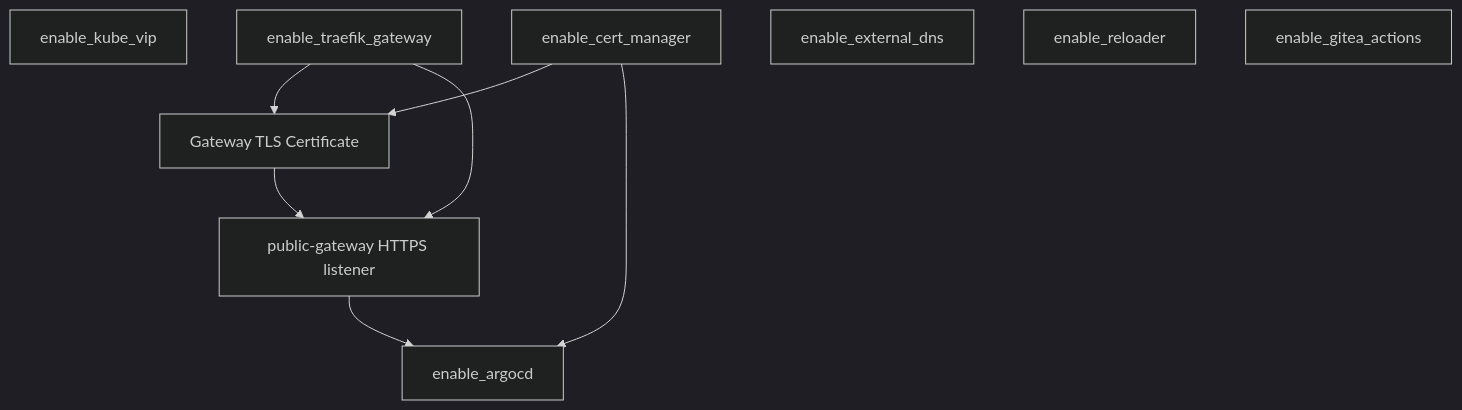
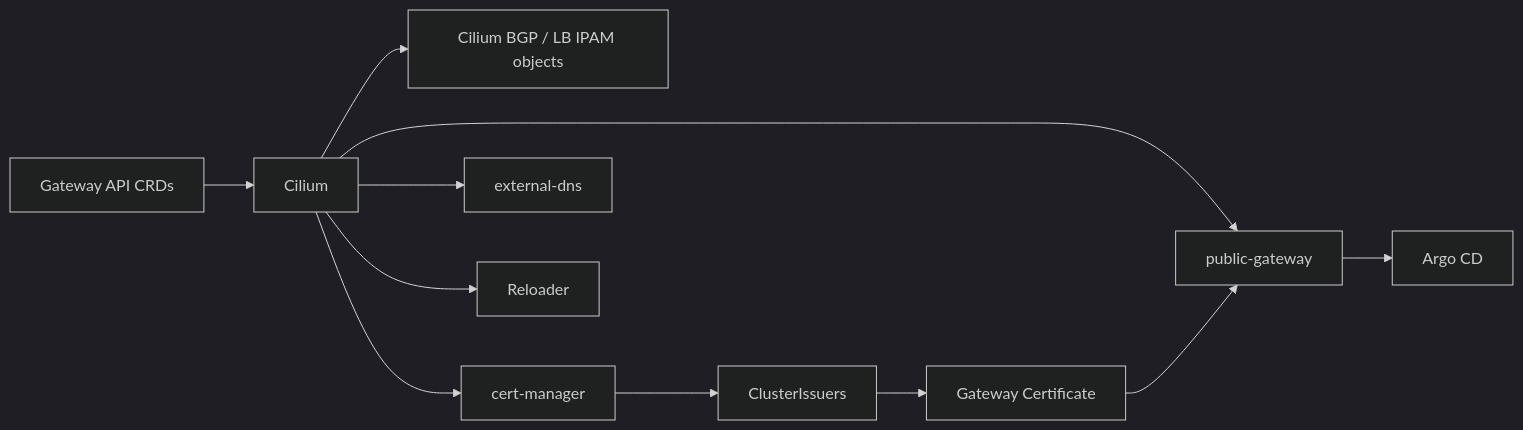
Before and after one commit to HobOps/terraform-kubernetes-bootstrap: the diagram in README.md, drawn with Mermaid (dark theme). The commit also changed other lines of this file and 12 other files, not shown here.

````diff
--- a/README.md
+++ b/README.md
@@ -31,18 +77,11 @@
 ```mermaid
-flowchart TD
-  KV[enable_kube_vip]
-  TG[enable_traefik_gateway]
-  CM[enable_cert_manager]
-  AC[enable_argocd]
-  ED[enable_external_dns]
-  RL[enable_reloader]
-  GA[enable_gitea_actions]
-  CERT[Gateway TLS Certificate]
-
-  CM --> CERT
-  TG --> CERT
-  CERT --> TGW[public-gateway HTTPS listener]
-  TG --> TGW
-  TGW --> AC
-  CM --> AC
+flowchart LR
+  CRD[Gateway API CRDs] --> CIL[Cilium]
+  CIL --> CR[Cilium BGP / LB IPAM objects]
+  CIL --> CM[cert-manager] --> ISS[ClusterIssuers] --> CERT[Gateway Certificate]
+  CIL --> GW[public-gateway]
+  CERT --> GW
+  GW --> AC[Argo CD]
+  CIL --> ED[external-dns]
+  CIL --> RL[Reloader]
 ```
````
